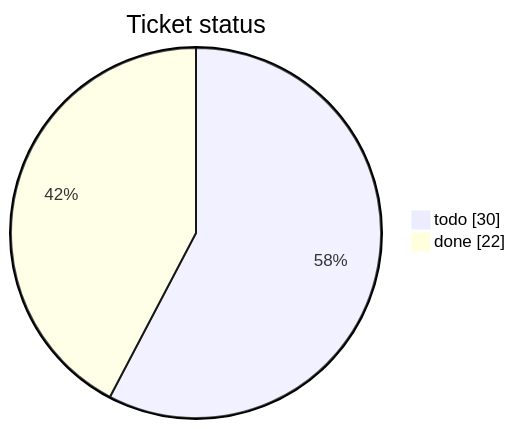
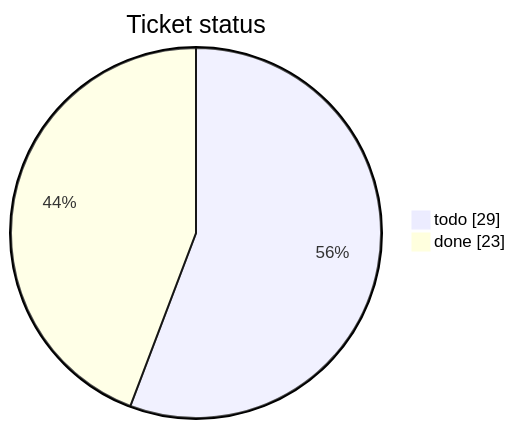
Before and after one commit to mohamed-soubhi/bootlab-esp: the first of 3 diagrams in tickets/TICKETS.md, drawn with Mermaid. The commit also changed other lines of this file and 9 other files, not shown here.

````diff
--- a/tickets/TICKETS.md
+++ b/tickets/TICKETS.md
@@ -14,5 +14,5 @@
 ```mermaid
 pie showData title Ticket status
-    "todo" : 30
-    "done" : 22
+    "todo" : 29
+    "done" : 23
 ```
````
